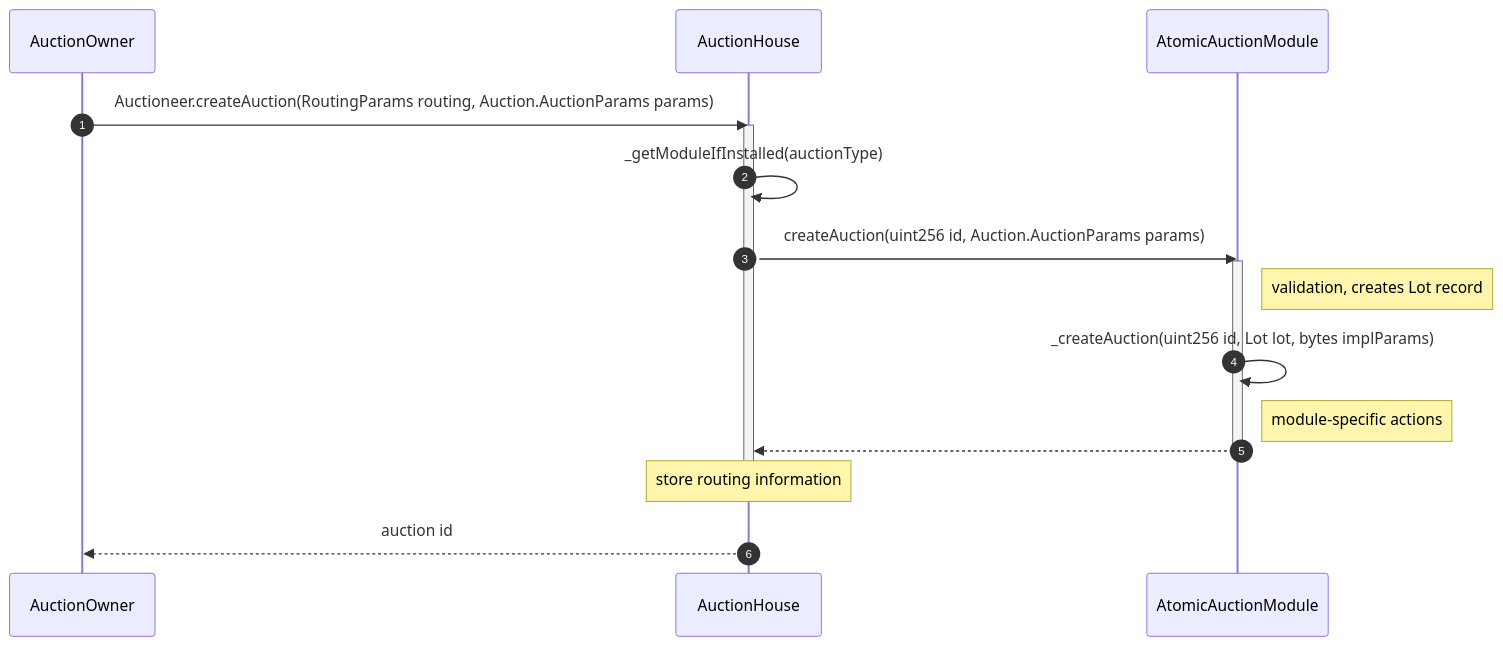
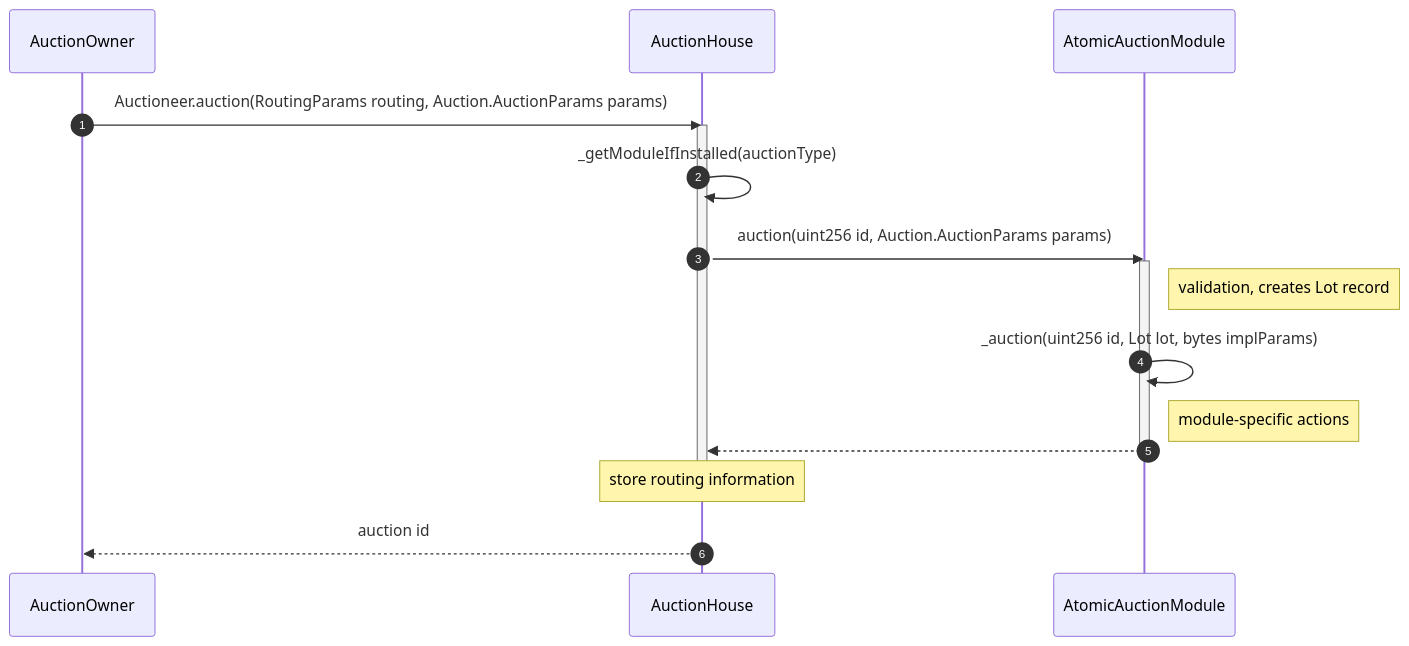
Before and after one commit to Axis-Fi/axis-core: the second of 10 diagrams in design/ARCHITECTURE.md, drawn with Mermaid. The commit also changed other lines of this file and 3 other files, not shown here.

Commit message:
chore: auction clean-up and diagram updates

````diff
--- a/design/ARCHITECTURE.md
+++ b/design/ARCHITECTURE.md
@@ -223,25 +220,25 @@
 ```mermaid
 sequenceDiagram
   autoNumber
   participant AuctionOwner
   participant AuctionHouse
   participant AtomicAuctionModule
 
-  AuctionOwner->>AuctionHouse: Auctioneer.createAuction(RoutingParams routing, Auction.AuctionParams params)
+  AuctionOwner->>AuctionHouse: Auctioneer.auction(RoutingParams routing, Auction.AuctionParams params)
   activate AuctionHouse
     AuctionHouse->>AuctionHouse: _getModuleIfInstalled(auctionType)
 
-    AuctionHouse->>AtomicAuctionModule: createAuction(uint256 id, Auction.AuctionParams params)
+    AuctionHouse->>AtomicAuctionModule: auction(uint256 id, Auction.AuctionParams params)
     activate AtomicAuctionModule
       Note right of AtomicAuctionModule: validation, creates Lot record
-      AtomicAuctionModule->>AtomicAuctionModule: _createAuction(uint256 id, Lot lot, bytes implParams)
+      AtomicAuctionModule->>AtomicAuctionModule: _auction(uint256 id, Lot lot, bytes implParams)
       Note right of AtomicAuctionModule: module-specific actions
 
       AtomicAuctionModule-->>AuctionHouse: 
     deactivate AtomicAuctionModule
 
     Note over AuctionHouse: store routing information
   deactivate AuctionHouse
 
   AuctionHouse-->>AuctionOwner: auction id
 ```
````
